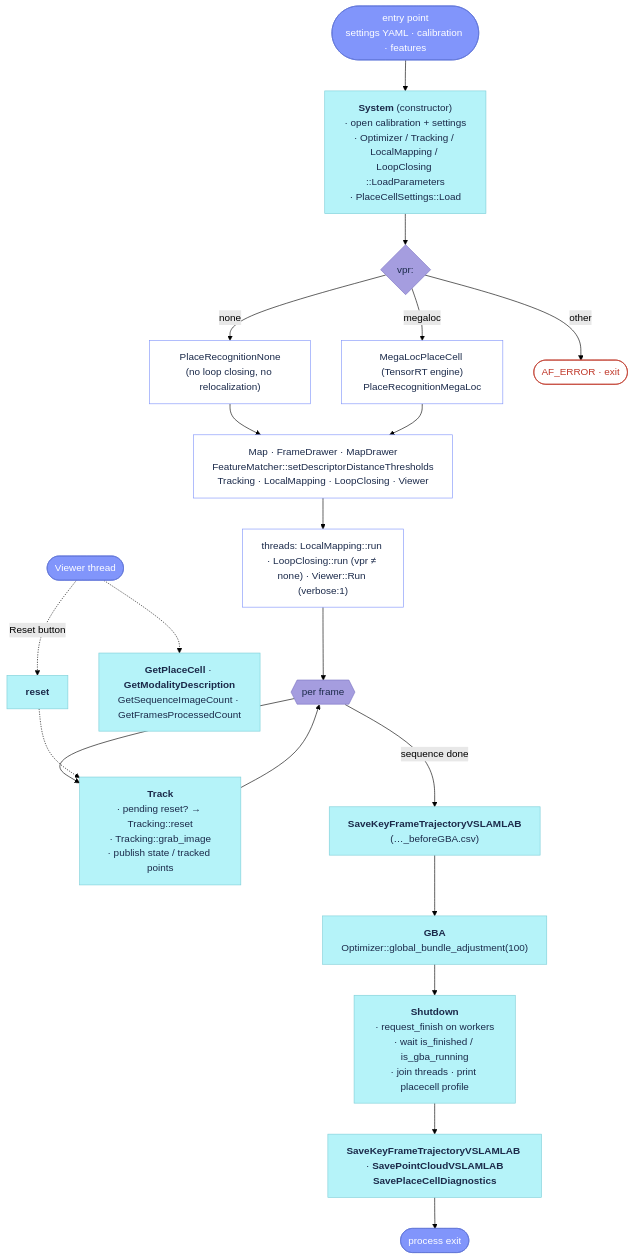
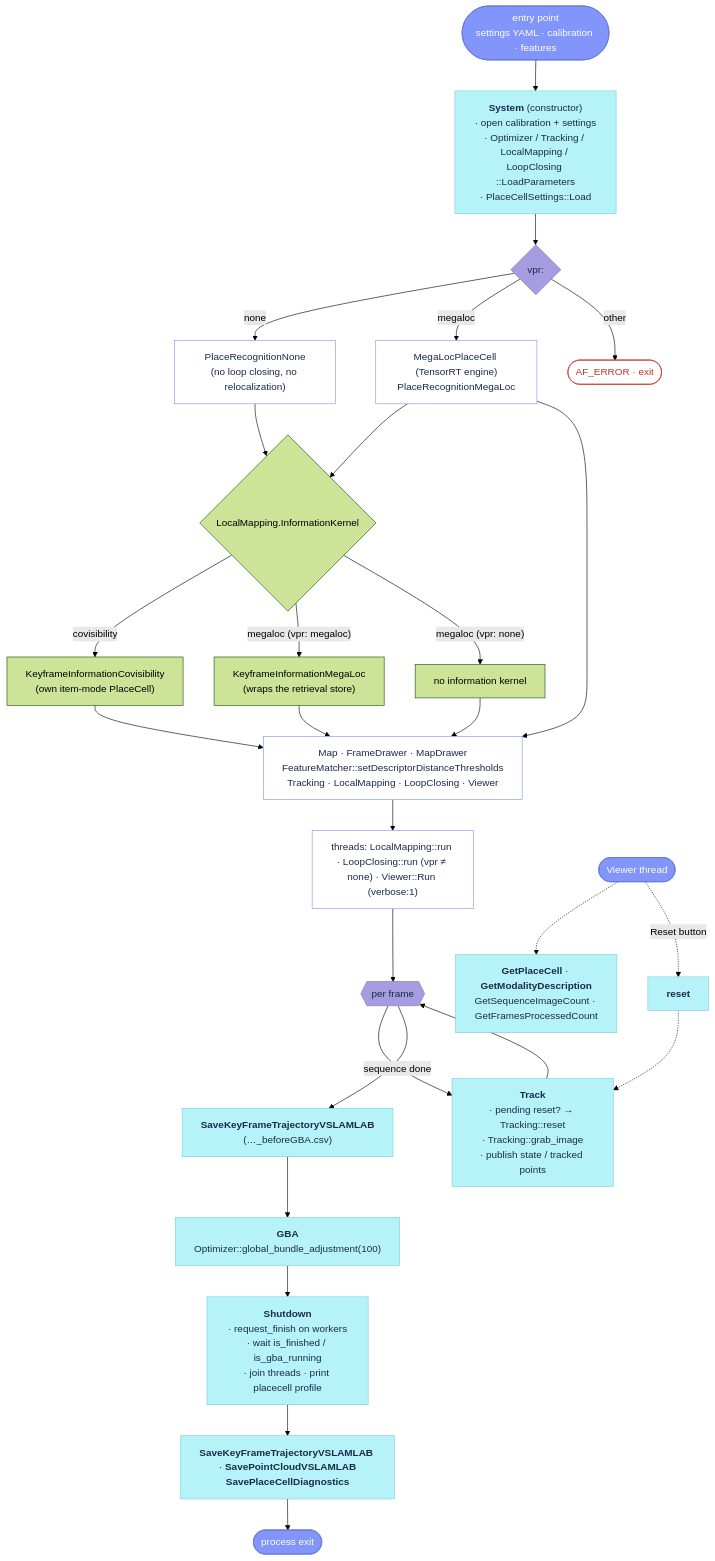
Before and after one commit to alejandrofontan/AllFeature-VSLAM: the diagram in docs/reference/System.md, drawn with Mermaid (forest theme). The commit also changed other lines of this file and 27 other files, not shown here.

````diff
--- a/docs/reference/System.md
+++ b/docs/reference/System.md
@@ -21,40 +21,47 @@
 ```mermaid
 flowchart TD
     CLI(["entry point<br/>settings YAML · calibration · features"]) --> CTOR["<b>System</b> (constructor)<br/>· open calibration + settings<br/>· Optimizer / Tracking / LocalMapping / LoopClosing ::LoadParameters<br/>· PlaceCellSettings::Load"]
     CTOR --> VPRSEL{vpr:}
     VPRSEL -- none --> PRN["PlaceRecognitionNone<br/>(no loop closing, no relocalization)"]
     VPRSEL -- megaloc --> PRM["MegaLocPlaceCell (TensorRT engine)<br/>PlaceRecognitionMegaLoc"]
     VPRSEL -- other --> ERR([AF_ERROR · exit])
-    PRN --> WIRE
+    PRM --> KI{"LocalMapping.InformationKernel"}
+    PRN --> KI
+    KI -- covisibility --> KIC["KeyframeInformationCovisibility<br/>(own item-mode PlaceCell)"]
+    KI -- "megaloc (vpr: megaloc)" --> KIM["KeyframeInformationMegaLoc<br/>(wraps the retrieval store)"]
+    KI -- "megaloc (vpr: none)" --> KIN["no information kernel"]
+    KIC --> WIRE
+    KIM --> WIRE
+    KIN --> WIRE
     PRM --> WIRE["Map · FrameDrawer · MapDrawer<br/>FeatureMatcher::setDescriptorDistanceThresholds<br/>Tracking · LocalMapping · LoopClosing · Viewer"]
     WIRE --> THR["threads: LocalMapping::run · LoopClosing::run (vpr ≠ none) · Viewer::Run (verbose:1)"]
     THR --> LOOP{{"per frame"}}
     LOOP --> TRACK["<b>Track</b><br/>· pending reset? → Tracking::reset<br/>· Tracking::grab_image<br/>· publish state / tracked points"]
     TRACK --> LOOP
     LOOP -- sequence done --> SAVE1["<b>SaveKeyFrameTrajectoryVSLAMLAB</b><br/>(…_beforeGBA.csv)"] --> GBA["<b>GBA</b><br/>Optimizer::global_bundle_adjustment(100)"] --> SD["<b>Shutdown</b><br/>· request_finish on workers<br/>· wait is_finished / is_gba_running<br/>· join threads · print placecell profile"]
     SD --> SAVE2["<b>SaveKeyFrameTrajectoryVSLAMLAB</b> · <b>SavePointCloudVSLAMLAB</b><br/><b>SavePlaceCellDiagnostics</b>"] --> DONE([process exit])
     VIEW([Viewer thread]) -.-> Q["<b>GetPlaceCell</b> · <b>GetModalityDescription</b><br/>GetSequenceImageCount · GetFramesProcessedCount"]
     VIEW -. Reset button .-> RST["<b>reset</b>"] -.-> TRACK
 
     click CTOR "#system"
     click TRACK "#track"
     click SAVE1 "#savekeyframetrajectoryvslamlab"
     click GBA "#gba"
     click SD "#shutdown"
     click SAVE2 "#savepointcloudvslamlab"
     click Q "#getplacecell"
     click RST "#reset"
 
     %% VSLAM-LAB logo squares: cyan #b5f3f9, periwinkle #8195fb, lavender #a59ddf
     classDef entry fill:#8195fb,stroke:#5f74d6,color:#fff
     classDef step fill:#b5f3f9,stroke:#7fcfd8,color:#1b2a4a
     classDef check fill:#a59ddf,stroke:#7e75c4,color:#1b2a4a
     classDef cmd fill:#fff,stroke:#8195fb,color:#1b2a4a
     classDef stop fill:#fff,stroke:#c0392b,color:#c0392b
 
     class CLI,VIEW,DONE entry
     class CTOR,TRACK,SAVE1,GBA,SD,SAVE2,Q,RST step
     class VPRSEL,LOOP check
     class PRN,PRM,WIRE,THR cmd
     class ERR stop
 ```
````
